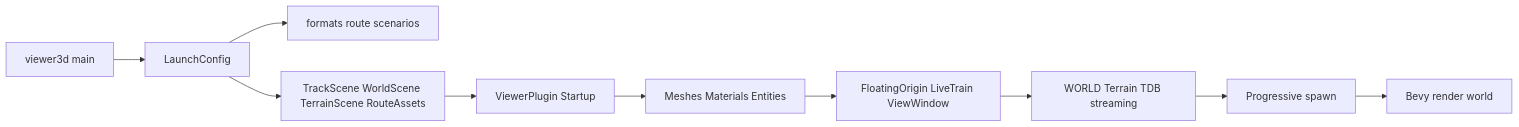
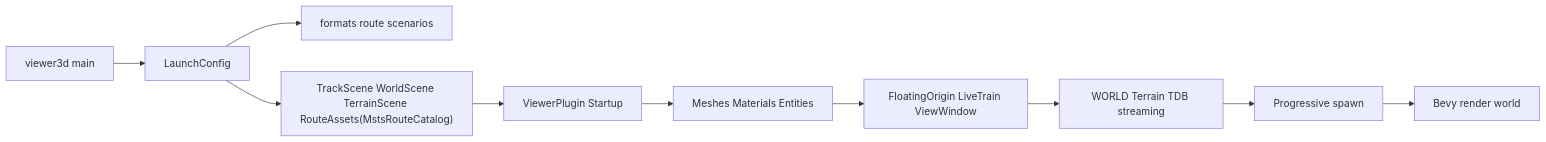
One commit to cavazquez/openrailsrs changed the second of 3 diagrams in docs/openrails-map-rendering-gap-analysis.md. Above: the diagram before and after it, drawn with Mermaid. The commit also changed other lines of this file and 8 other files, not shown here.

First line of the commit message:
feat(assets): unificar RouteAssets y AssetIndex en MstsRouteCatalog

````diff
--- a/docs/openrails-map-rendering-gap-analysis.md
+++ b/docs/openrails-map-rendering-gap-analysis.md
@@ -105,12 +105,12 @@
 ```mermaid
 flowchart LR
   CLI[viewer3d main] --> Config[LaunchConfig]
   Config --> Parsers["formats route scenarios"]
-  Config --> Resources["TrackScene WorldScene TerrainScene RouteAssets"]
+  Config --> Resources["TrackScene WorldScene TerrainScene RouteAssets(MstsRouteCatalog)"]
   Resources --> Startup[ViewerPlugin Startup]
   Startup --> Entities["Meshes Materials Entities"]
   Entities --> Update["FloatingOrigin LiveTrain ViewWindow"]
   Update --> Stream["WORLD Terrain TDB streaming"]
   Stream --> Spawn[Progressive spawn]
   Spawn --> BevyRender[Bevy render world]
 ```
````
